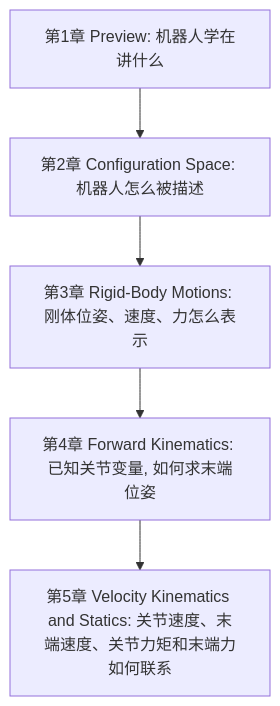
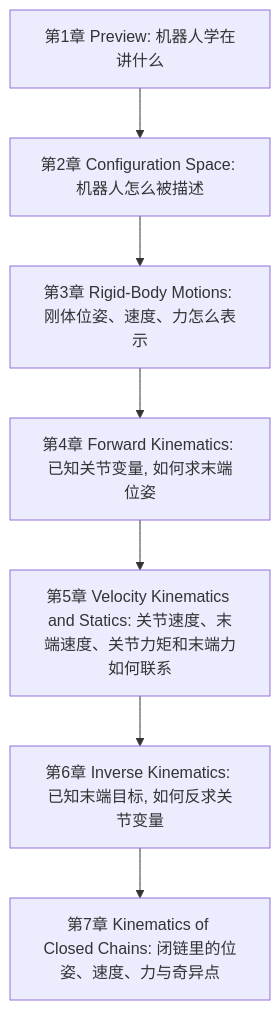
One commit to zhouenjin/modern-robotics-obsidian-notes changed the diagram in 00-首页.md. Above: the diagram before and after it, drawn with Mermaid. The commit also changed other lines of this file and 5 other files, not shown here.

Commit message:
Add chapter 7 closed chains notes

````diff
--- a/00-首页.md
+++ b/00-首页.md
@@ -28,7 +29,9 @@
 ```mermaid
 flowchart TD
     A["第1章 Preview: 机器人学在讲什么"] --> B["第2章 Configuration Space: 机器人怎么被描述"]
     B --> C["第3章 Rigid-Body Motions: 刚体位姿、速度、力怎么表示"]
     C --> D["第4章 Forward Kinematics: 已知关节变量, 如何求末端位姿"]
     D --> E["第5章 Velocity Kinematics and Statics: 关节速度、末端速度、关节力矩和末端力如何联系"]
+    E --> F["第6章 Inverse Kinematics: 已知末端目标, 如何反求关节变量"]
+    F --> G["第7章 Kinematics of Closed Chains: 闭链里的位姿、速度、力与奇异点"]
 ```
````
